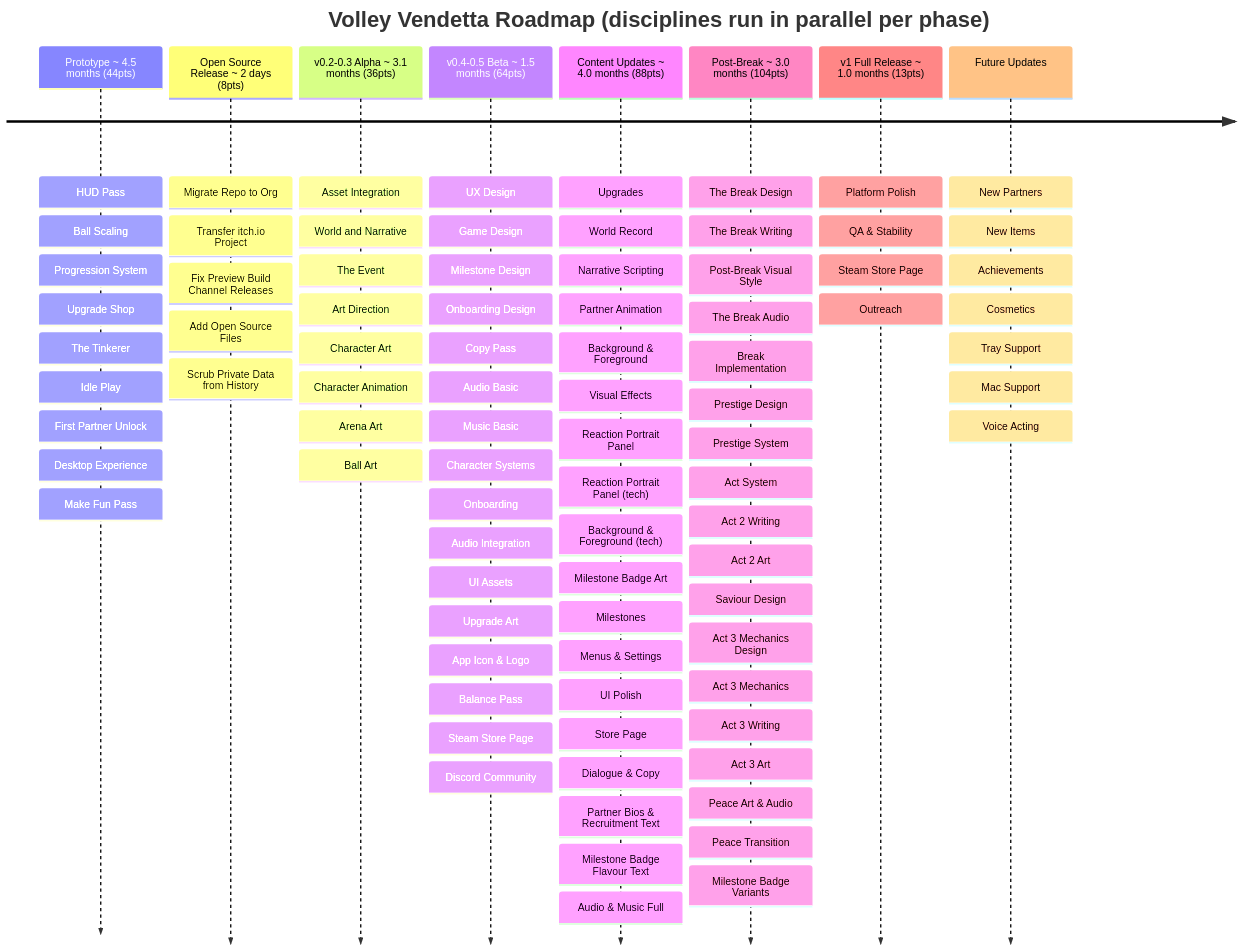
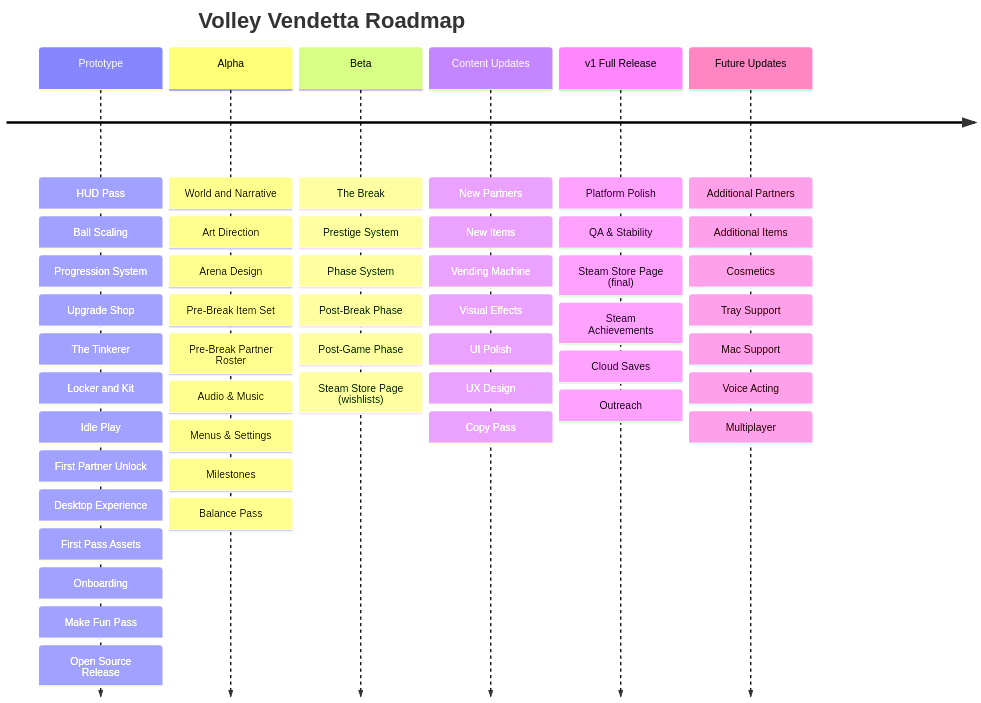
One commit to J-Melon/volley-vendetta changed the diagram in designs/roadmap.md. Above: the diagram before and after it, drawn with Mermaid. The commit also changed other lines of this file and 5 other files, not shown here.

Commit message:
docs: roadmap rework

````diff
--- a/designs/roadmap.md
+++ b/designs/roadmap.md
@@ -3,105 +3,64 @@
 ```mermaid
 timeline
-    title Volley Vendetta Roadmap (disciplines run in parallel per phase)
+    title Volley Vendetta Roadmap
 
-    Prototype ~ 4.5 months (44pts)
+    Prototype
         : HUD Pass
         : Ball Scaling
         : Progression System
         : Upgrade Shop
         : The Tinkerer
+        : Locker and Kit
         : Idle Play
         : First Partner Unlock
         : Desktop Experience
+        : First Pass Assets
+        : Onboarding
         : Make Fun Pass
+        : Open Source Release
 
-    Open Source Release ~ 2 days (8pts)
-        : Migrate Repo to Org
-        : Transfer itch.io Project
-        : Fix Preview Build Channel Releases
-        : Add Open Source Files
-        : Scrub Private Data from History
+    Alpha
+        : World and Narrative
+        : Art Direction
+        : Arena Design
+        : Pre-Break Item Set
+        : Pre-Break Partner Roster
+        : Audio & Music
+        : Menus & Settings
+        : Milestones
+        : Balance Pass
 
-    v0.2-0.3 Alpha ~ 3.1 months (36pts)
-        : Asset Integration
-        : World and Narrative
-        : The Event
-        : Art Direction
-        : Character Art
-        : Character Animation
-        : Arena Art
-        : Ball Art
+    Beta
+        : The Break
+        : Prestige System
+        : Phase System
+        : Post-Break Phase
+        : Post-Game Phase
+        : Steam Store Page (wishlists)
 
-    v0.4-0.5 Beta ~ 1.5 months (64pts)
+    Content Updates
+        : New Partners
+        : New Items
+        : Vending Machine
+        : Visual Effects
+        : UI Polish
         : UX Design
-        : Game Design
-        : Milestone Design
-        : Onboarding Design
         : Copy Pass
-        : Audio Basic
-        : Music Basic
-        : Character Systems
-        : Onboarding
-        : Audio Integration
-        : UI Assets
-        : Upgrade Art
-        : App Icon & Logo
-        : Balance Pass
-        : Steam Store Page
-        : Discord Community
 
-    Content Updates ~ 4.0 months (88pts)
-        : Upgrades
-        : World Record
-        : Narrative Scripting
-        : Partner Animation
-        : Background & Foreground
-        : Visual Effects
-        : Reaction Portrait Panel
-        : Reaction Portrait Panel (tech)
-        : Background & Foreground (tech)
-        : Milestone Badge Art
-        : Milestones
-        : Menus & Settings
-        : UI Polish
-        : Store Page
-        : Dialogue & Copy
-        : Partner Bios & Recruitment Text
-        : Milestone Badge Flavour Text
-        : Audio & Music Full
-
-    Post-Break ~ 3.0 months (104pts)
-        : The Break Design
-        : The Break Writing
-        : Post-Break Visual Style
-        : The Break Audio
-        : Break Implementation
-        : Prestige Design
-        : Prestige System
-        : Act System
-        : Act 2 Writing
-        : Act 2 Art
-        : Saviour Design
-        : Act 3 Mechanics Design
-        : Act 3 Mechanics
-        : Act 3 Writing
-        : Act 3 Art
-        : Peace Art & Audio
-        : Peace Transition
-        : Milestone Badge Variants
-
-    v1 Full Release ~ 1.0 months (13pts)
+    v1 Full Release
         : Platform Polish
         : QA & Stability
-        : Steam Store Page
+        : Steam Store Page (final)
+        : Steam Achievements
+        : Cloud Saves
         : Outreach
 
     Future Updates
-        : New Partners
-        : New Items
-        : Achievements
+        : Additional Partners
+        : Additional Items
         : Cosmetics
         : Tray Support
         : Mac Support
         : Voice Acting
+        : Multiplayer
 ```
````
